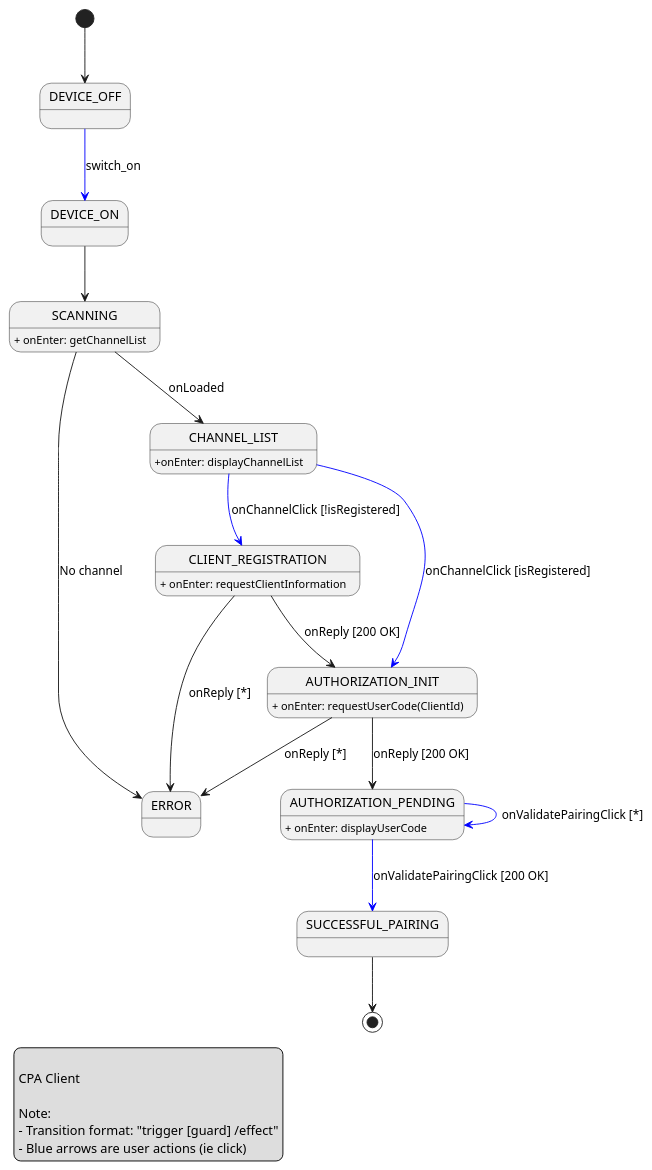
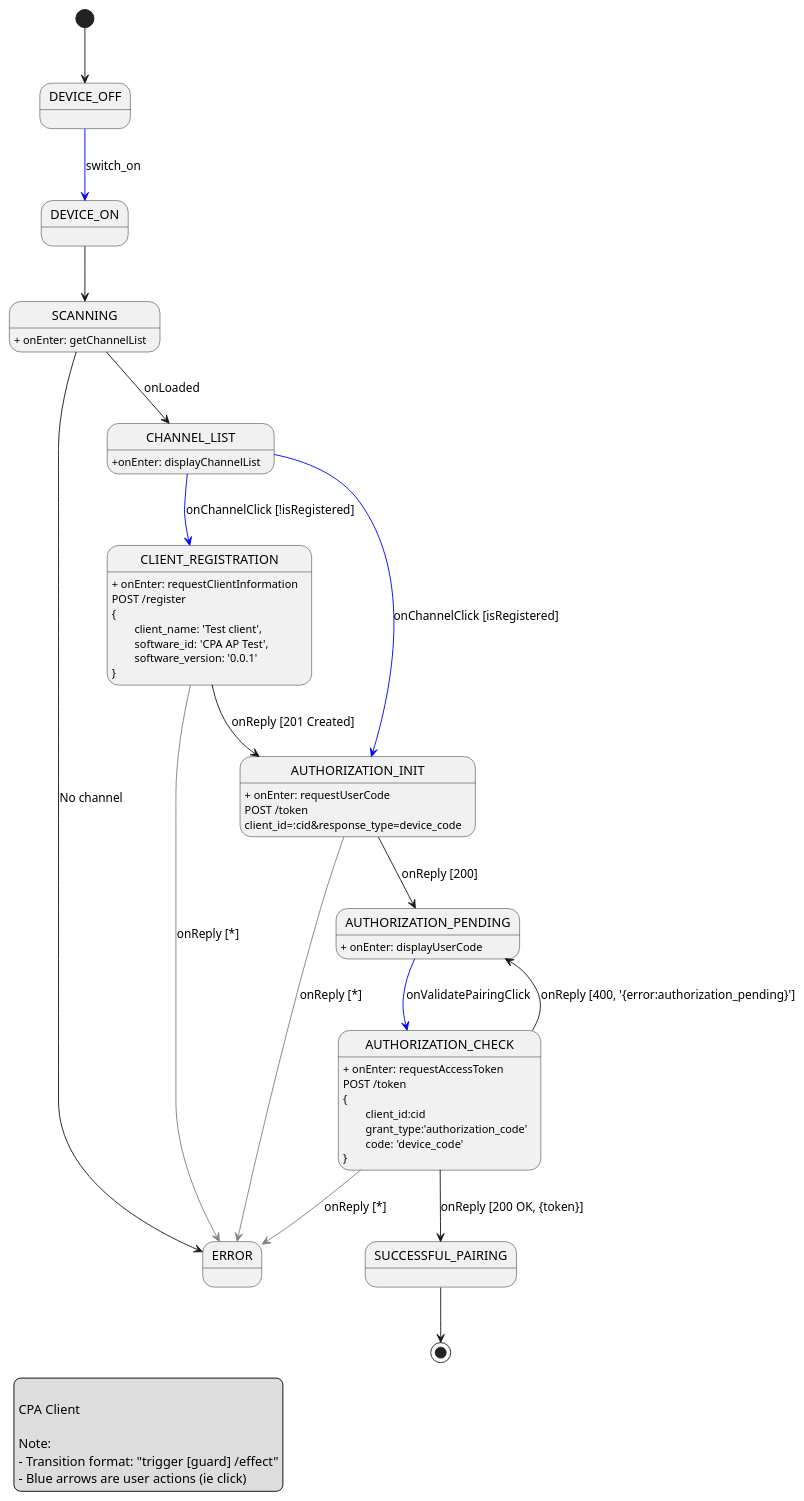
One commit to ebu/cpa-client changed the diagram in docs/app-fsm.puml. Above: the diagram before and after it, drawn with PlantUML.

Commit message:
Clarify Requests and fix 201 Created for registration

```diff
--- a/docs/app-fsm.puml
+++ b/docs/app-fsm.puml
@@ -1,57 +1,63 @@
 @startuml
 
 
 [*] --> DEVICE_OFF
 
 state DEVICE_OFF
 state SCANNING
 state CHANNEL_LIST
 state CLIENT_REGISTRATION
 state AUTHORIZATION_INIT
 
 SCANNING: + onEnter: getChannelList
 
 CHANNEL_LIST: +onEnter: displayChannelList
 
-CLIENT_REGISTRATION: + onEnter: requestClientInformation
+CLIENT_REGISTRATION: + onEnter: requestClientInformation\nPOST /register \n{\n\tclient_name: 'Test client',\n\tsoftware_id: 'CPA AP Test',\n\tsoftware_version: '0.0.1'\n}
 
-AUTHORIZATION_INIT: + onEnter: requestUserCode(ClientId)
+AUTHORIZATION_INIT: + onEnter: requestUserCode\nPOST /token\nclient_id=:cid&response_type=device_code
+AUTHORIZATION_CHECK: + onEnter: requestAccessToken\nPOST /token\n{\n\tclient_id:cid\n\tgrant_type:'authorization_code'\n\tcode: 'device_code'\n}
+
+
 AUTHORIZATION_PENDING: + onEnter: displayUserCode
 
 state AUTHORIZATION_PENDING
 state SUCCESSFUL_PAIRING
 state ERROR
 
 DEVICE_OFF -[#blue]-> DEVICE_ON: switch_on
 DEVICE_ON --> SCANNING
 SCANNING --> CHANNEL_LIST: onLoaded
 SCANNING -right-> ERROR: No channel
 
 CHANNEL_LIST -[#blue]-> CLIENT_REGISTRATION: onChannelClick [!isRegistered]
 CHANNEL_LIST -[#blue]-> AUTHORIZATION_INIT: onChannelClick [isRegistered]
 
-CLIENT_REGISTRATION --> AUTHORIZATION_INIT: onReply [200 OK]
-CLIENT_REGISTRATION --> ERROR: onReply [*]
+CLIENT_REGISTRATION --> AUTHORIZATION_INIT: onReply [201 Created]
+CLIENT_REGISTRATION -[#gray]-> ERROR: onReply [*]
 
-AUTHORIZATION_INIT --> AUTHORIZATION_PENDING: onReply [200 OK]
-AUTHORIZATION_INIT --> ERROR: onReply [*]
+AUTHORIZATION_INIT --> AUTHORIZATION_PENDING: onReply [200]
+AUTHORIZATION_INIT -[#gray]-> ERROR: onReply [*]
 
-AUTHORIZATION_PENDING -[#blue]-> SUCCESSFUL_PAIRING: onValidatePairingClick [200 OK]
-AUTHORIZATION_PENDING -[#blue]-> AUTHORIZATION_PENDING: onValidatePairingClick [*]
+
+AUTHORIZATION_PENDING -[#blue]-> AUTHORIZATION_CHECK: onValidatePairingClick
+AUTHORIZATION_CHECK --> SUCCESSFUL_PAIRING: onReply [200 OK, {token}]
+AUTHORIZATION_CHECK --> AUTHORIZATION_PENDING: onReply [400, '{error:authorization_pending}']
+AUTHORIZATION_CHECK -[#gray]-> ERROR: onReply [*]
 
 SUCCESSFUL_PAIRING --> [*]
 
 legend left
 
 CPA Client
 
 Note:
 - Transition format: "trigger [guard] /effect"
 - Blue arrows are user actions (ie click)
 endlegend
 
 
 
 ' note right of STATE: "transition: trigger[guard]/effect"
 
 @enduml
```
